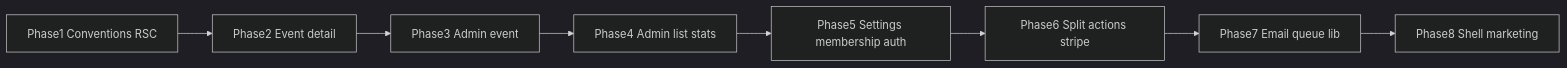
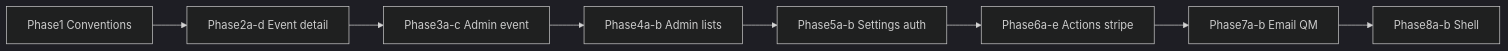
One commit to mikesz88/ghostMammothsPB changed the diagram in .cursor/plans/rules.mdc_phased_refactor_c02ab9c1.plan.md. Above: the diagram before and after it, drawn with Mermaid (dark theme). The commit also changed other lines of this file, not shown here.

````diff
--- a/.cursor/plans/rules.mdc_phased_refactor_c02ab9c1.plan.md
+++ b/.cursor/plans/rules.mdc_phased_refactor_c02ab9c1.plan.md
@@ -143,18 +250,18 @@
 ```mermaid
 flowchart LR
-  P1[Phase1 Conventions RSC]
-  P2[Phase2 Event detail]
-  P3[Phase3 Admin event]
-  P4[Phase4 Admin list stats]
-  P5[Phase5 Settings membership auth]
-  P6[Phase6 Split actions stripe]
-  P7[Phase7 Email queue lib]
-  P8[Phase8 Shell marketing]
+  P1[Phase1 Conventions]
+  P2[Phase2a-d Event detail]
+  P3[Phase3a-c Admin event]
+  P4[Phase4a-b Admin lists]
+  P5[Phase5a-b Settings auth]
+  P6[Phase6a-e Actions stripe]
+  P7[Phase7a-b Email QM]
+  P8[Phase8a-b Shell]
   P1 --> P2
   P2 --> P3
   P3 --> P4
   P4 --> P5
   P5 --> P6
   P6 --> P7
   P7 --> P8
 ```
````
